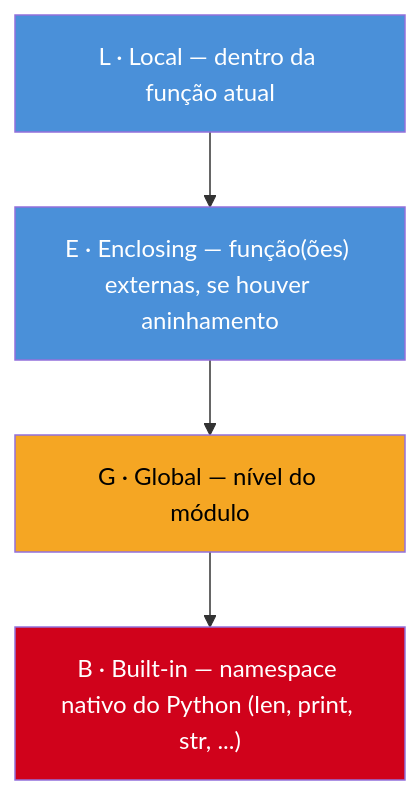
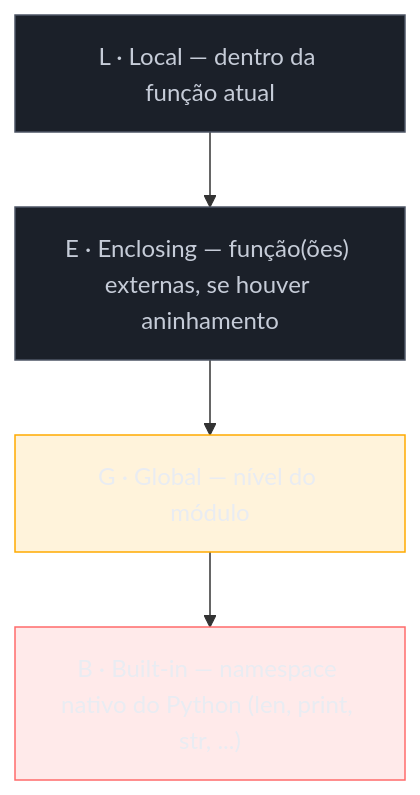
Before and after one commit to josenaldo/codex-technomanticus: the diagram in 03-Dominios/Tecnologia/Python/Core/06 - Funções — definição, argumentos e escopo básico.md, drawn with Mermaid. The commit also changed 1181 other files, not shown here.

First line of the commit message:
fix(diagramas): paleta do sistema no lugar de cor cravada no markdown

````diff
--- a/03-Dominios/Tecnologia/Python/Core/06 - Funções — definição, argumentos e escopo básico.md
+++ b/03-Dominios/Tecnologia/Python/Core/06 - Funções — definição, argumentos e escopo básico.md
@@ -335,11 +335,14 @@
 ```mermaid
 flowchart TB
+    classDef neutro fill:#1B2029,stroke:#4E5666,color:#C6CCD8
+    classDef destaque fill:#FFAA0024,stroke:#FFAA00,color:#E9ECF2
+    classDef falha fill:#FF6B6B24,stroke:#FF6B6B,color:#E9ECF2
     L["L · Local — dentro da função atual"] --> E["E · Enclosing — função(ões) externas, se houver aninhamento"]
     E --> G["G · Global — nível do módulo"]
     G --> B["B · Built-in — namespace nativo do Python (len, print, str, ...)"]
 
-    style L fill:#4A90D9,color:#fff
-    style E fill:#4A90D9,color:#fff
-    style G fill:#F5A623,color:#000
-    style B fill:#D0021B,color:#fff
+    class L neutro
+    class E neutro
+    class G destaque
+    class B falha
 ```
````
